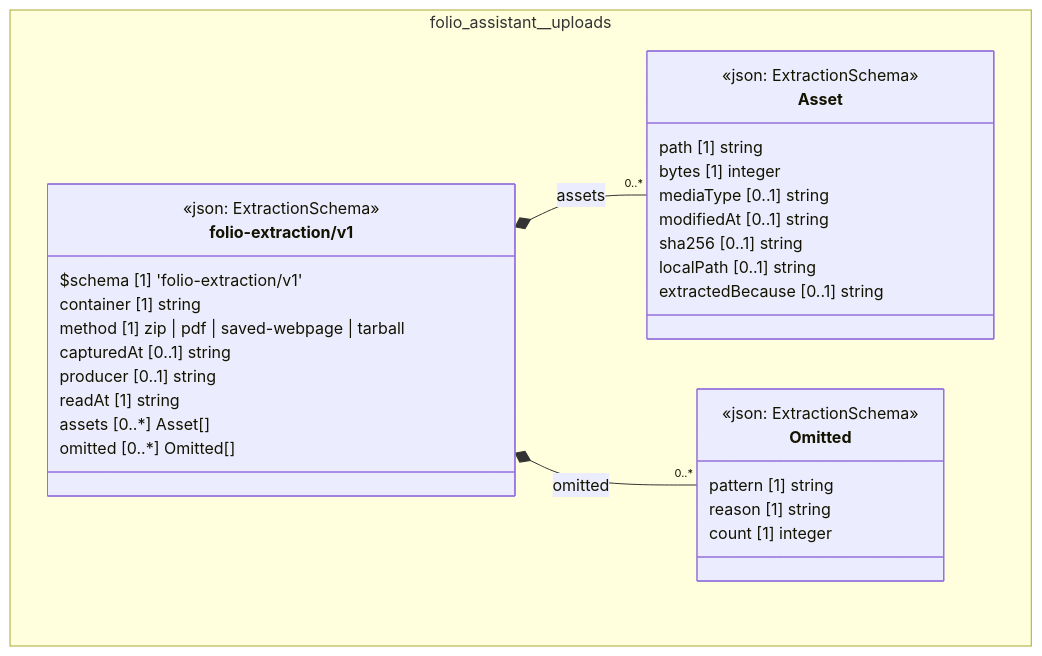
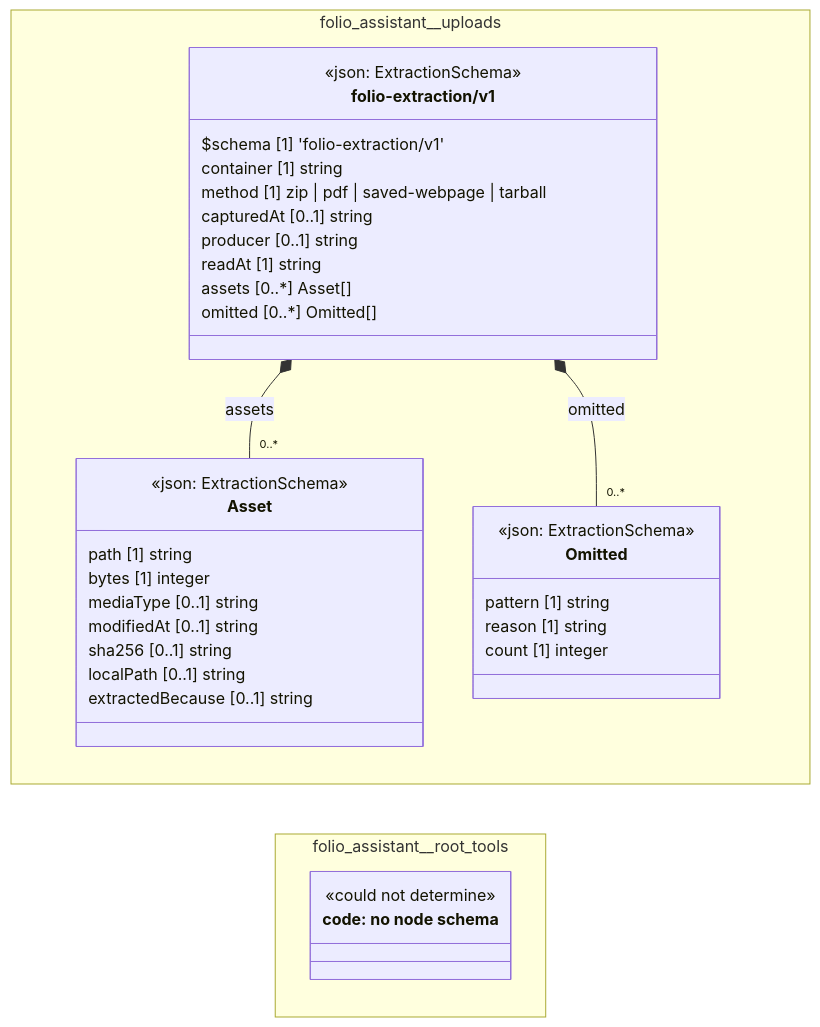
Before and after one commit to litlfred/folio-assistant: the diagram in cat-harness/docs/uml/overview/folio-assistant.md, drawn with Mermaid. The commit also changed other lines of this file and 31 other files, not shown here.

First line of the commit message:
0uu2: declare deploy/ and tools/; ns/ and ui/ do not compile, with the reasons

````diff
--- a/cat-harness/docs/uml/overview/folio-assistant.md
+++ b/cat-harness/docs/uml/overview/folio-assistant.md
@@ -41,38 +43,45 @@
 ```mermaid
 classDiagram
-  direction TB
+  direction LR
   namespace folio_assistant__uploads {
     class folio_assistant_uploads_folio_extraction_v1_Asset["Asset"] {
       <<json: ExtractionSchema>>
       path [1] string
       bytes [1] integer
       mediaType [0..1] string
       modifiedAt [0..1] string
       sha256 [0..1] string
       localPath [0..1] string
       extractedBecause [0..1] string
     }
     class folio_assistant_uploads_folio_extraction_v1_Omitted["Omitted"] {
       <<json: ExtractionSchema>>
       pattern [1] string
       reason [1] string
       count [1] integer
     }
     class folio_assistant_uploads_folio_extraction_v1_folio_extraction_v1["folio-extraction/v1"] {
       <<json: ExtractionSchema>>
       $schema [1] 'folio-extraction/v1'
       container [1] string
       method [1] zip | pdf | saved-webpage | tarball
       capturedAt [0..1] string
       producer [0..1] string
       readAt [1] string
       assets [0..*] Asset[]
       omitted [0..*] Omitted[]
     }
   }
+  namespace folio_assistant__root_tools {
+    class n_folio_assistant_root_tools_code["code: no node schema"] {
+      <<could not determine>>
+    }
+  }
   folio_assistant_uploads_folio_extraction_v1_folio_extraction_v1 *-- "0..*" folio_assistant_uploads_folio_extraction_v1_Asset : assets
   folio_assistant_uploads_folio_extraction_v1_folio_extraction_v1 *-- "0..*" folio_assistant_uploads_folio_extraction_v1_Omitted : omitted
   cssClass "folio_assistant_uploads_folio_extraction_v1_Asset" fa_uml_kind_uploads
   cssClass "folio_assistant_uploads_folio_extraction_v1_Omitted" fa_uml_kind_uploads
   cssClass "folio_assistant_uploads_folio_extraction_v1_folio_extraction_v1" fa_uml_kind_uploads
+  cssClass "n_folio_assistant_root_tools_code" fa_uml_kind_code
+  cssClass "n_folio_assistant_root_tools_code" fa_uml_undetermined
 ```
````
